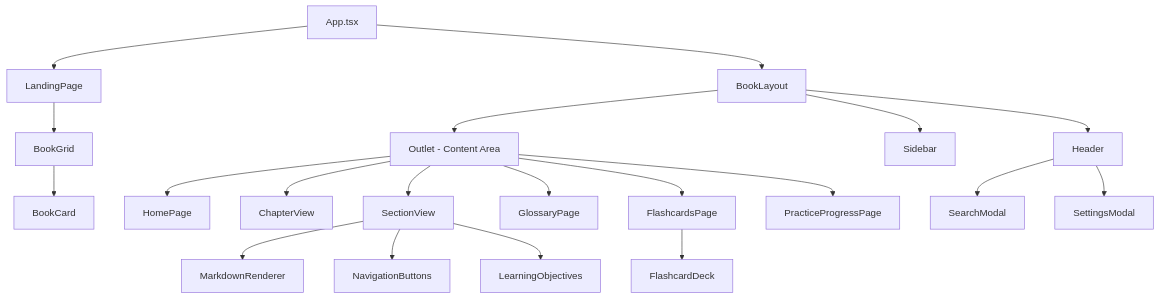
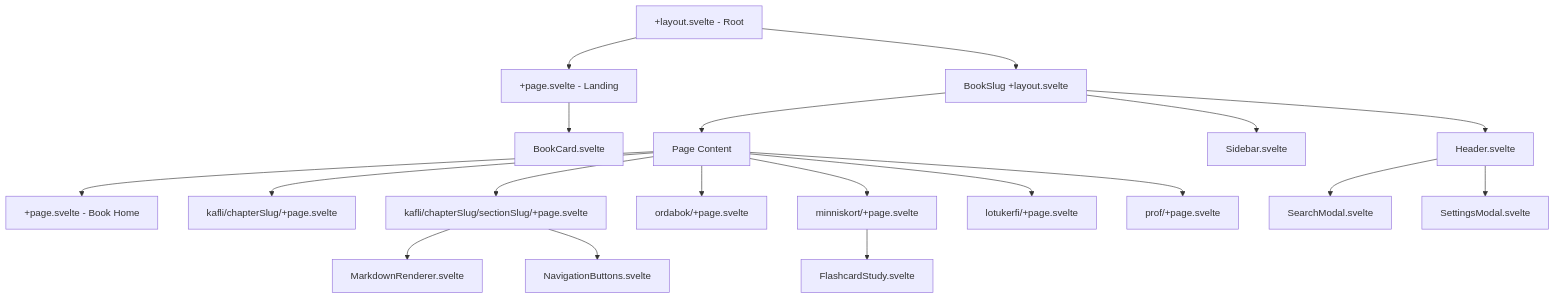
Before and after one commit to SigurdurVilhelmsson/namsbokasafn-vefur: the second of 5 diagrams in docs/ARCHITECTURE.md, drawn with Mermaid. The commit also changed other lines of this file and 5 other files, not shown here.

````diff
--- a/docs/ARCHITECTURE.md
+++ b/docs/ARCHITECTURE.md
@@ -57,30 +59,29 @@
 ```mermaid
 graph TD
-    App[App.tsx]
+    Layout[+layout.svelte - Root]
 
-    App --> Landing[LandingPage]
-    App --> BookLayout[BookLayout]
+    Layout --> Landing[+page.svelte - Landing]
+    Layout --> BookLayout[BookSlug +layout.svelte]
 
-    Landing --> BookGrid[BookGrid]
-    BookGrid --> BookCard[BookCard]
+    Landing --> BookCard[BookCard.svelte]
 
-    BookLayout --> Header[Header]
-    BookLayout --> Sidebar[Sidebar]
-    BookLayout --> Outlet[Outlet - Content Area]
+    BookLayout --> Header[Header.svelte]
+    BookLayout --> Sidebar[Sidebar.svelte]
+    BookLayout --> Pages[Page Content]
 
-    Outlet --> HomePage[HomePage]
-    Outlet --> ChapterView[ChapterView]
-    Outlet --> SectionView[SectionView]
-    Outlet --> GlossaryPage[GlossaryPage]
-    Outlet --> FlashcardsPage[FlashcardsPage]
-    Outlet --> PracticeProgress[PracticeProgressPage]
+    Pages --> HomePage[+page.svelte - Book Home]
+    Pages --> ChapterView[kafli/chapterSlug/+page.svelte]
+    Pages --> SectionView[kafli/chapterSlug/sectionSlug/+page.svelte]
+    Pages --> GlossaryPage[ordabok/+page.svelte]
+    Pages --> FlashcardsPage[minniskort/+page.svelte]
+    Pages --> PeriodicTable[lotukerfi/+page.svelte]
+    Pages --> QuizPage[prof/+page.svelte]
 
-    SectionView --> MarkdownRenderer[MarkdownRenderer]
-    SectionView --> NavigationButtons[NavigationButtons]
-    SectionView --> LearningObjectives[LearningObjectives]
+    SectionView --> MarkdownRenderer[MarkdownRenderer.svelte]
+    SectionView --> NavigationButtons[NavigationButtons.svelte]
 
-    Header --> SearchModal[SearchModal]
-    Header --> SettingsModal[SettingsModal]
+    Header --> SearchModal[SearchModal.svelte]
+    Header --> SettingsModal[SettingsModal.svelte]
 
-    FlashcardsPage --> FlashcardDeck[FlashcardDeck]
+    FlashcardsPage --> FlashcardStudy[FlashcardStudy.svelte]
 ```
````
